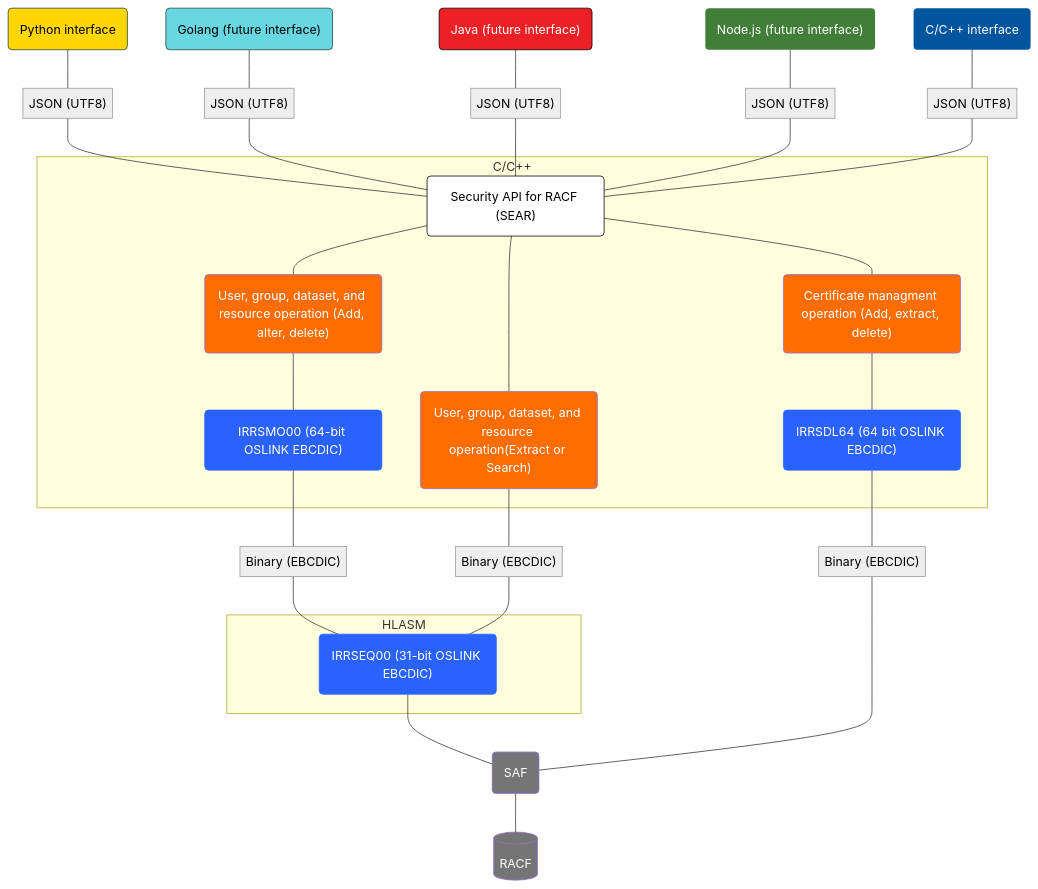
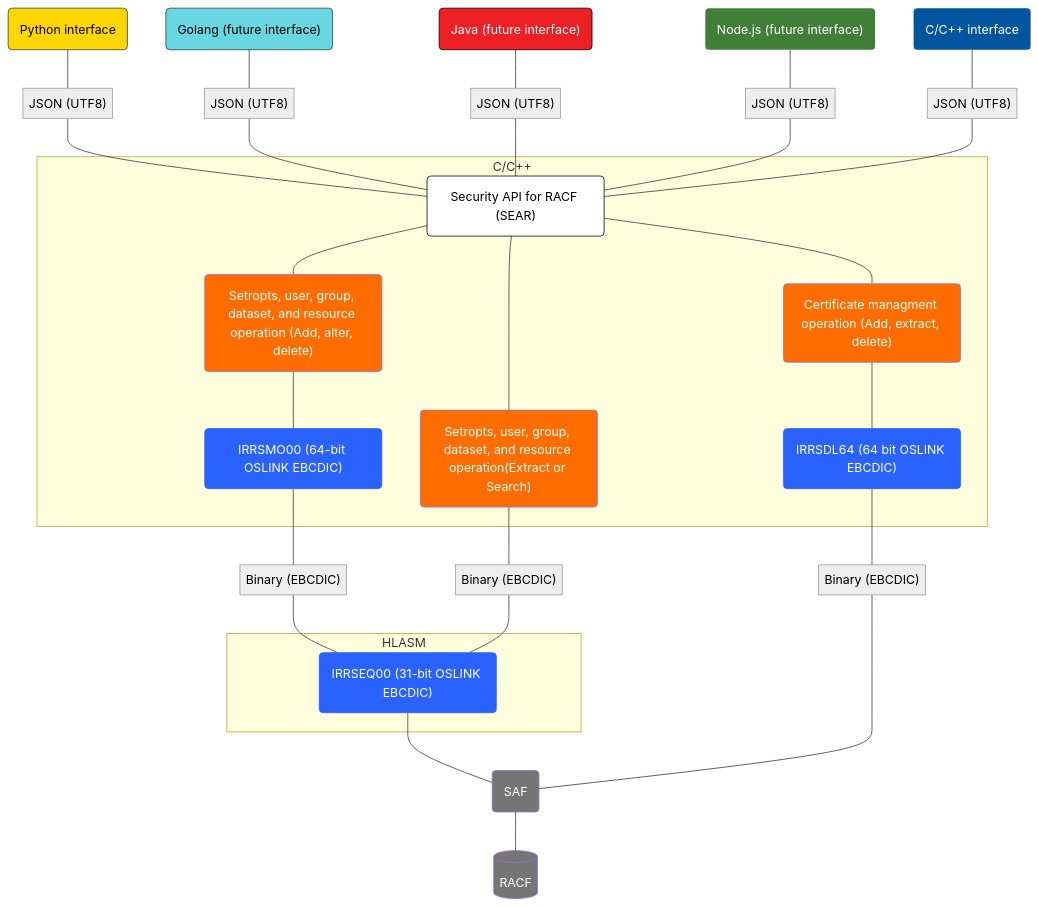
The diagram in index.md (Mainframe-Renewal-Project/sear-docs), drawn with Mermaid before and after one commit.

Commit message:
architecture diagram now mentions setropts

```diff
--- a/index.md
+++ b/index.md
@@ -97,10 +97,10 @@
  subgraph s1["C/C++"]
         n1["Security API for RACF (SEAR)"]
         n2@{ label: "<span style=\"padding-left:\">IRRSMO00 (64-bit OSLINK EBCDIC)</span>" }
-        n5["User, group, dataset, and resource operation (Add, alter, delete)"]
+        n5["Setropts, user, group, dataset, and resource operation (Add, alter, delete)"]
         n11["IRRSDL64 (64 bit OSLINK EBCDIC)"]
         n12["Certificate managment operation (Add, extract, delete)"]
-        n7@{ label: "<span style=\"padding-left:\">User, group, dataset, and resource operation</span>(Extract or Search)" }
+        n7@{ label: "<span style=\"padding-left:\">Setropts, user, group, dataset, and resource operation</span>(Extract or Search)" }
   end
  subgraph s2["HLASM"]
         n4["IRRSEQ00 (31-bit OSLINK EBCDIC)"]
```
